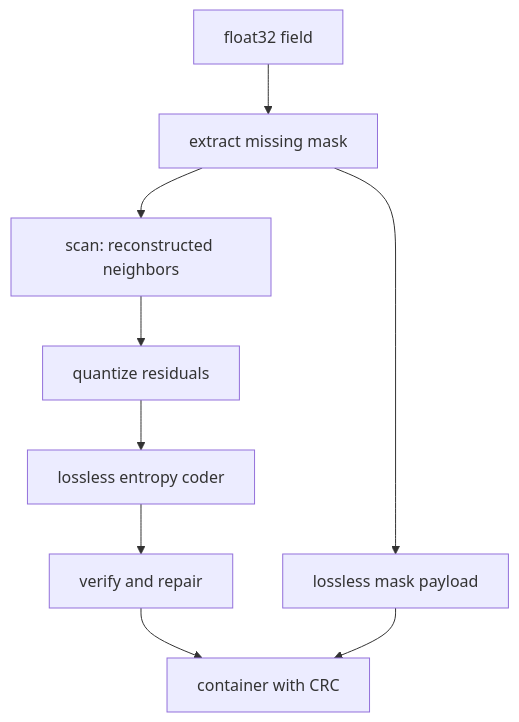
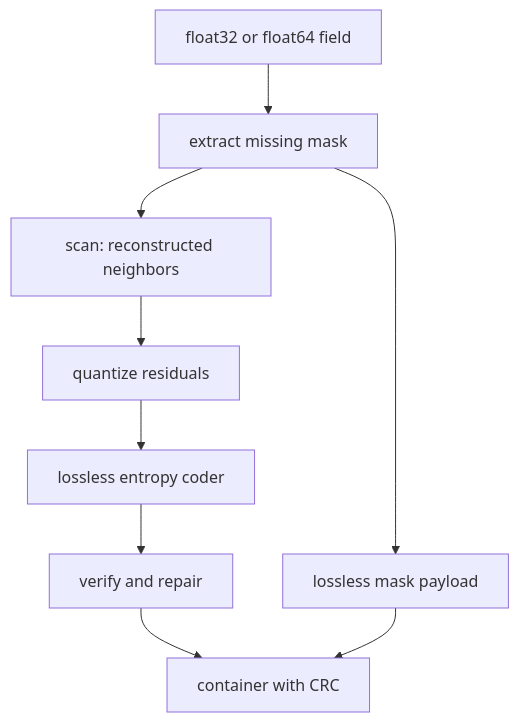
The diagram in docs/architecture.md (dxav/brace-compressor), drawn with Mermaid before and after one commit. The commit also changed other lines of this file and 2 other files, not shown here.

Commit message:
Update documentation to clarify input handling, quantization steps, and runtime behavior in README, algorithm, and architecture files

````diff
--- a/docs/architecture.md
+++ b/docs/architecture.md
@@ -10,11 +12,11 @@
 ```mermaid
 flowchart TB
-  A[float32 field] --> B[extract missing mask]
+  A[float32 or float64 field] --> B[extract missing mask]
   B --> C[scan: reconstructed neighbors]
   C --> D[quantize residuals]
   D --> E[lossless entropy coder]
   E --> F[verify and repair]
   B --> G[lossless mask payload]
   F --> H[container with CRC]
   G --> H
 ```
````
